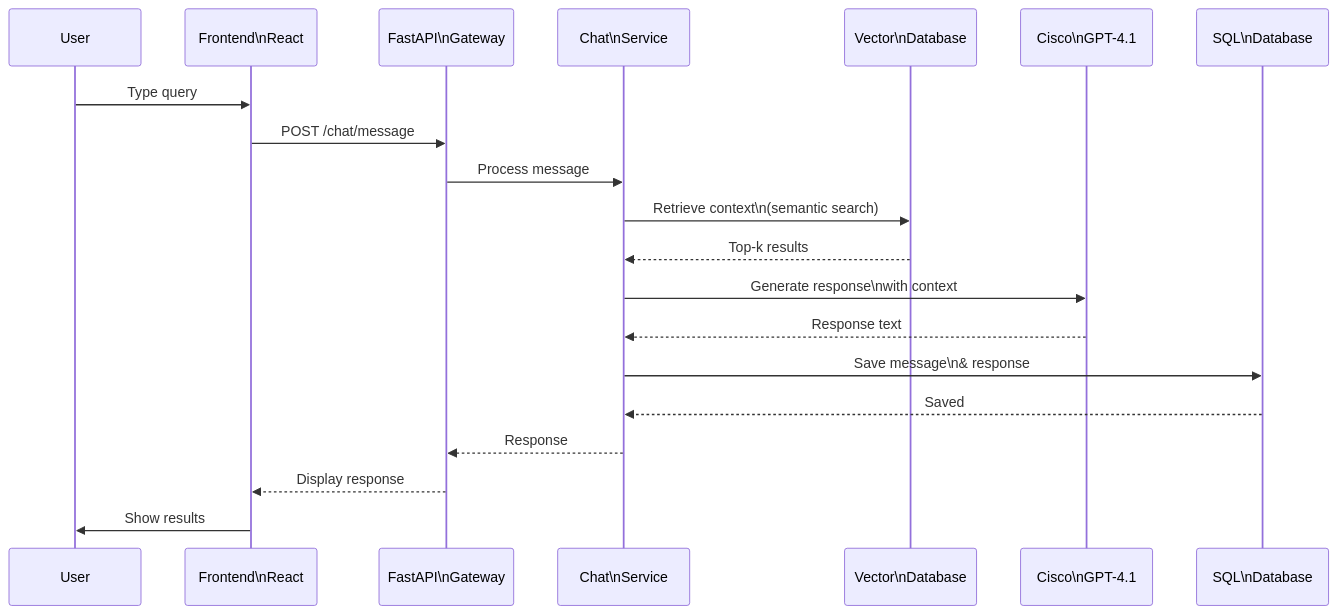
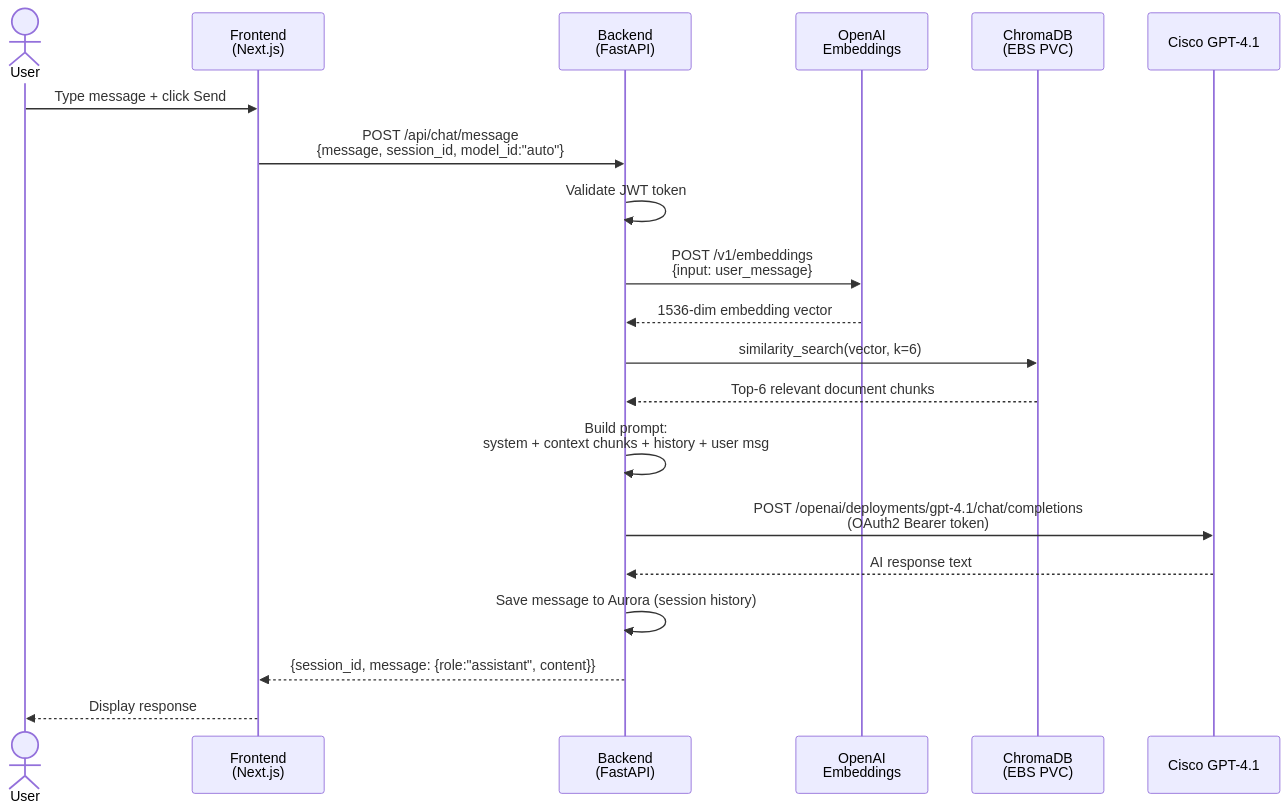
Before and after one commit to thiachan/agent: the second of 7 diagrams in REFERENCE_ARCHITECTURE.md, drawn with Mermaid. The commit also changed other lines of this file and 11 other files, not shown here.

First line of the commit message:
docs: replace all EC2-era docs with EKS-CA-v1 accurate content + Mermaid reference architecture

````diff
--- a/REFERENCE_ARCHITECTURE.md
+++ b/REFERENCE_ARCHITECTURE.md
@@ -392,23 +79,23 @@
 ```mermaid
 sequenceDiagram
-    participant User
-    participant Frontend as Frontend\nReact
-    participant API as FastAPI\nGateway
-    participant Chat as Chat\nService
-    participant VectorDB as Vector\nDatabase
-    participant LLM as Cisco\nGPT-4.1
-    participant DB as SQL\nDatabase
-    
-    User->>Frontend: Type query
-    Frontend->>API: POST /chat/message
-    API->>Chat: Process message
-    Chat->>VectorDB: Retrieve context\n(semantic search)
-    VectorDB-->>Chat: Top-k results
-    Chat->>LLM: Generate response\nwith context
-    LLM-->>Chat: Response text
-    Chat->>DB: Save message\n& response
-    DB-->>Chat: Saved
-    Chat-->>API: Response
-    API-->>Frontend: Display response
-    Frontend->>User: Show results
+    actor User
+    participant FE as Frontend<br/>(Next.js)
+    participant BE as Backend<br/>(FastAPI)
+    participant OAI as OpenAI<br/>Embeddings
+    participant Chroma as ChromaDB<br/>(EBS PVC)
+    participant Cisco as Cisco GPT-4.1
+
+    User->>FE: Type message + click Send
+    FE->>BE: POST /api/chat/message<br/>{message, session_id, model_id:"auto"}
+    BE->>BE: Validate JWT token
+    BE->>OAI: POST /v1/embeddings<br/>{input: user_message}
+    OAI-->>BE: 1536-dim embedding vector
+    BE->>Chroma: similarity_search(vector, k=6)
+    Chroma-->>BE: Top-6 relevant document chunks
+    BE->>BE: Build prompt:<br/>system + context chunks + history + user msg
+    BE->>Cisco: POST /openai/deployments/gpt-4.1/chat/completions<br/>(OAuth2 Bearer token)
+    Cisco-->>BE: AI response text
+    BE->>BE: Save message to Aurora (session history)
+    BE-->>FE: {session_id, message: {role:"assistant", content}}
+    FE-->>User: Display response
 ```
````
